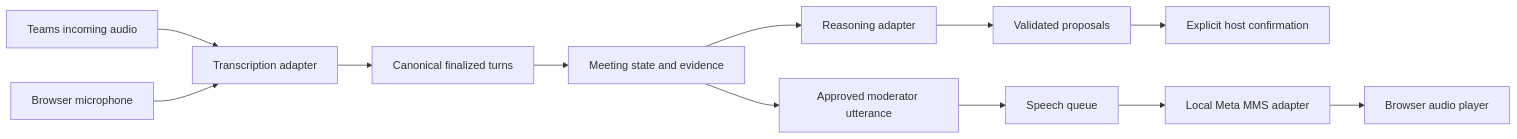
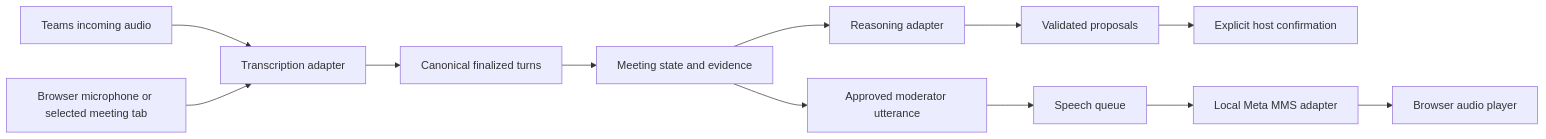
One commit to ejo4041/Rally changed the diagram in docs/model-interfaces.md. Above: the diagram before and after it, drawn with Mermaid. The commit also changed other lines of this file and 24 other files, not shown here.

````diff
--- a/docs/model-interfaces.md
+++ b/docs/model-interfaces.md
@@ -5,14 +5,14 @@
 ```mermaid
 flowchart LR
   T[Teams incoming audio] --> A[Transcription adapter]
-  B[Browser microphone] --> A
+  B[Browser microphone or selected meeting tab] --> A
   A --> F[Canonical finalized turns]
   F --> M[Meeting state and evidence]
   M --> R[Reasoning adapter]
   R --> P[Validated proposals]
   P --> H[Explicit host confirmation]
   M --> S[Approved moderator utterance]
   S --> Q[Speech queue]
   Q --> V[Local Meta MMS adapter]
   V --> O[Browser audio player]
 ```
````
